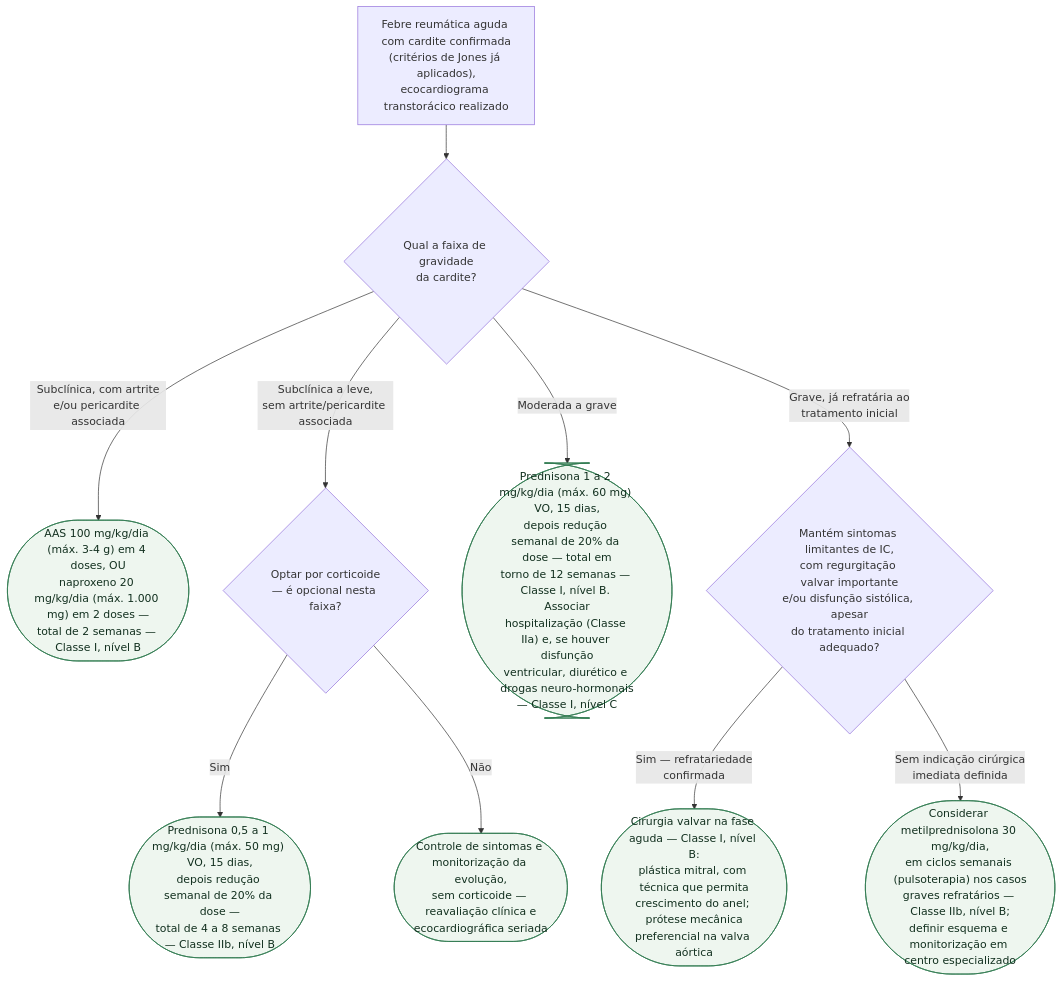
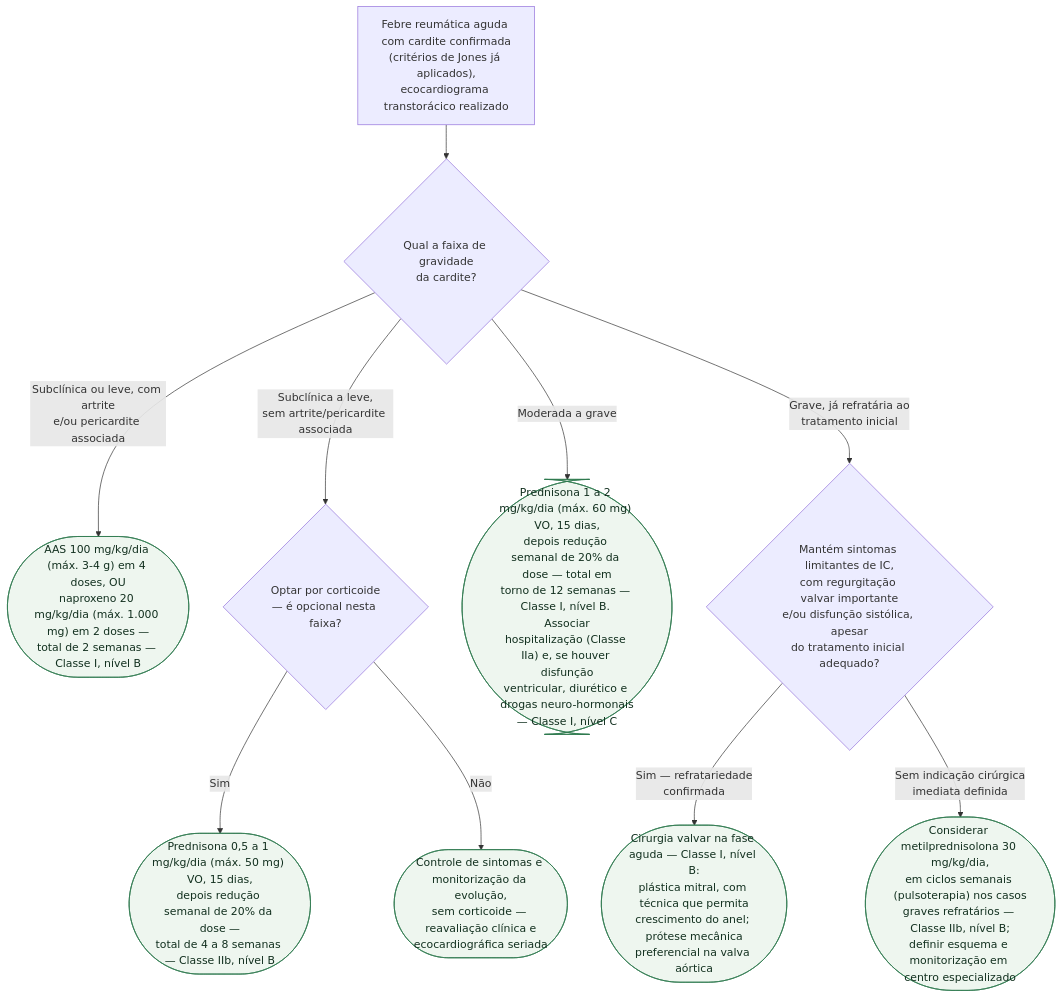
The diagram in content/Febre_reumática/fluxograma-cardite-reumatica-aguda-graduacao-e-tratamento.md (rafaelpaesmeirelles/MeuCardio), drawn with Mermaid before and after one commit. The commit also changed 6 other files, not shown here.

````diff
--- a/content/Febre_reumática/fluxograma-cardite-reumatica-aguda-graduacao-e-tratamento.md
+++ b/content/Febre_reumática/fluxograma-cardite-reumatica-aguda-graduacao-e-tratamento.md
@@ -25,23 +25,23 @@
 ```mermaid
 flowchart TD
   R0["Febre reumática aguda com cardite confirmada<br/>(critérios de Jones já aplicados),<br/>ecocardiograma transtorácico realizado"] --> D1{"Qual a faixa de gravidade<br/>da cardite?"}
 
-  D1 -->|"Subclínica, com artrite<br/>e/ou pericardite associada"| C1(["AAS 100 mg/kg/dia (máx. 3-4 g) em 4 doses, OU<br/>naproxeno 20 mg/kg/dia (máx. 1.000 mg) em 2 doses —<br/>total de 2 semanas — Classe I, nível B"])
+  D1 -->|"Subclínica ou leve, com artrite<br/>e/ou pericardite associada"| C1(["AAS 100 mg/kg/dia (máx. 3-4 g) em 4 doses, OU<br/>naproxeno 20 mg/kg/dia (máx. 1.000 mg) em 2 doses —<br/>total de 2 semanas — Classe I, nível B"])
 
   D1 -->|"Subclínica a leve,<br/>sem artrite/pericardite associada"| D2{"Optar por corticoide<br/>— é opcional nesta faixa?"}
 
   D2 -->|"Sim"| C2(["Prednisona 0,5 a 1 mg/kg/dia (máx. 50 mg) VO, 15 dias,<br/>depois redução semanal de 20% da dose —<br/>total de 4 a 8 semanas — Classe IIb, nível B"])
 
   D2 -->|"Não"| C3(["Controle de sintomas e monitorização da evolução,<br/>sem corticoide — reavaliação clínica e<br/>ecocardiográfica seriada"])
 
   D1 -->|"Moderada a grave"| C4(["Prednisona 1 a 2 mg/kg/dia (máx. 60 mg) VO, 15 dias,<br/>depois redução semanal de 20% da dose — total em<br/>torno de 12 semanas — Classe I, nível B. Associar<br/>hospitalização (Classe IIa) e, se houver disfunção<br/>ventricular, diurético e drogas neuro-hormonais<br/>— Classe I, nível C"])
 
   D1 -->|"Grave, já refratária ao<br/>tratamento inicial"| D3{"Mantém sintomas limitantes de IC,<br/>com regurgitação valvar importante<br/>e/ou disfunção sistólica, apesar<br/>do tratamento inicial adequado?"}
 
   D3 -->|"Sim — refratariedade<br/>confirmada"| C5(["Cirurgia valvar na fase aguda — Classe I, nível B:<br/>plástica mitral, com técnica que permita<br/>crescimento do anel; prótese mecânica<br/>preferencial na valva aórtica"])
 
   D3 -->|"Sem indicação cirúrgica<br/>imediata definida"| C6(["Considerar metilprednisolona 30 mg/kg/dia,<br/>em ciclos semanais (pulsoterapia) nos casos<br/>graves refratários — Classe IIb, nível B;<br/>definir esquema e monitorização em centro especializado"])
 
   classDef conduta fill:#eef6ef,stroke:#2f7a4f,color:#12301f;
   class C1,C2,C3,C4,C5,C6 conduta;
 ```
````
